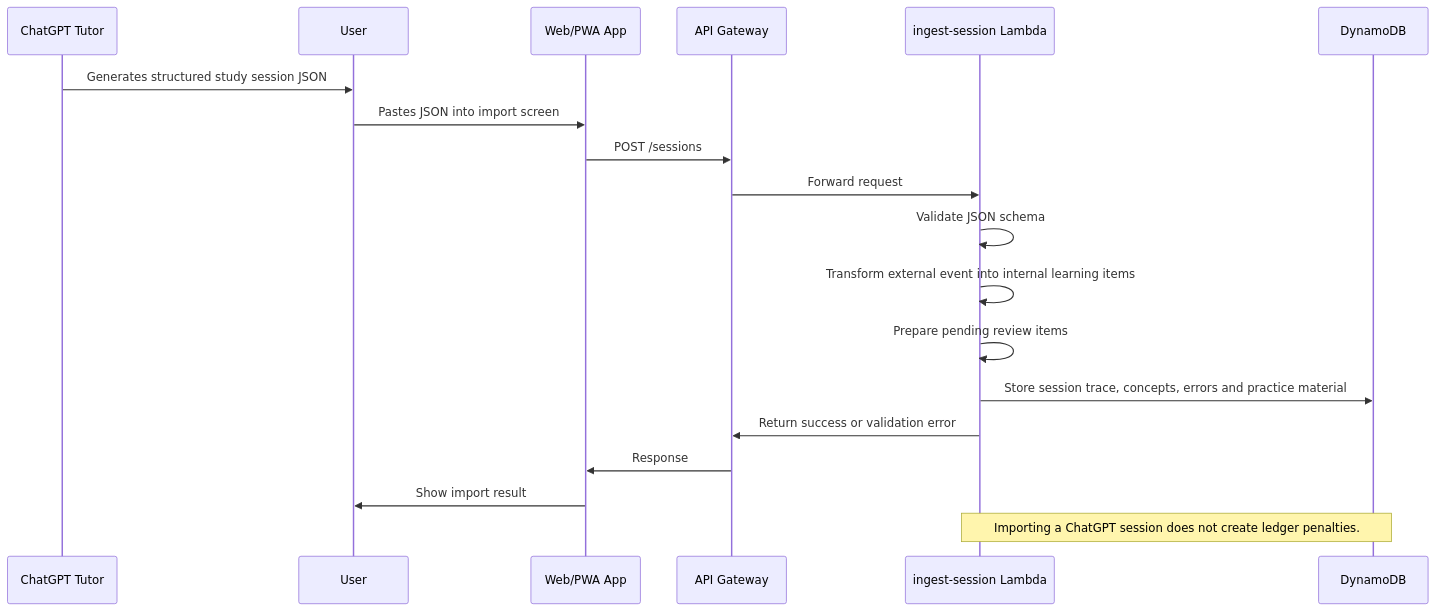
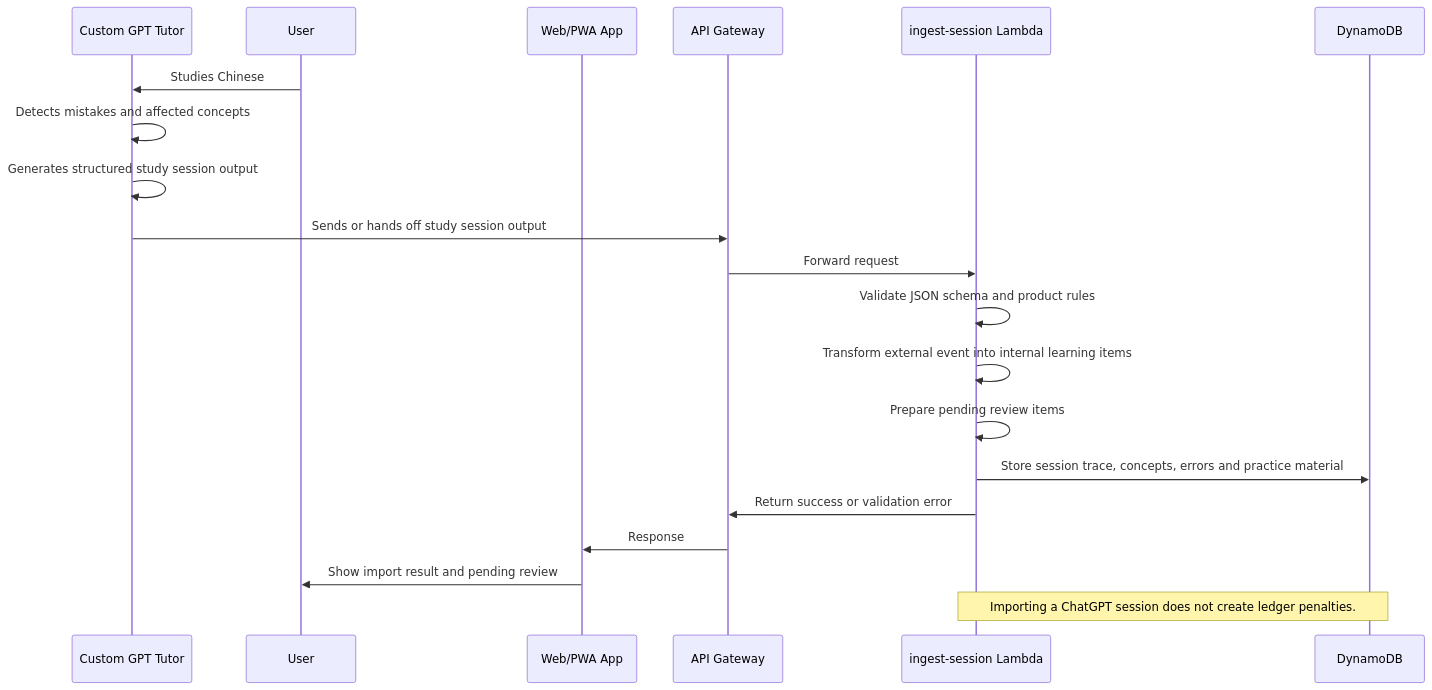
One commit to JuanRoBe3/zhongwenlock changed the fifth of 8 diagrams in docs/DIAGRAMS.md. Above: the diagram before and after it, drawn with Mermaid. The commit also changed other lines of this file, not shown here.

Commit message:
docs(architecture): separate validation path from target mvp

````diff
--- a/docs/DIAGRAMS.md
+++ b/docs/DIAGRAMS.md
@@ -113,23 +192,24 @@
 ```mermaid
 sequenceDiagram
-    participant GPT as ChatGPT Tutor
+    participant GPT as Custom GPT Tutor
     participant User
     participant App as Web/PWA App
     participant API as API Gateway
     participant Lambda as ingest-session Lambda
     participant DB as DynamoDB
 
-    GPT->>User: Generates structured study session JSON
-    User->>App: Pastes JSON into import screen
-    App->>API: POST /sessions
+    User->>GPT: Studies Chinese
+    GPT->>GPT: Detects mistakes and affected concepts
+    GPT->>GPT: Generates structured study session output
+    GPT->>API: Sends or hands off study session output
     API->>Lambda: Forward request
-    Lambda->>Lambda: Validate JSON schema
+    Lambda->>Lambda: Validate JSON schema and product rules
     Lambda->>Lambda: Transform external event into internal learning items
     Lambda->>Lambda: Prepare pending review items
     Lambda->>DB: Store session trace, concepts, errors and practice material
     Lambda->>API: Return success or validation error
     API->>App: Response
-    App->>User: Show import result
+    App->>User: Show import result and pending review
 
     Note over Lambda,DB: Importing a ChatGPT session does not create ledger penalties.
 ```
````
